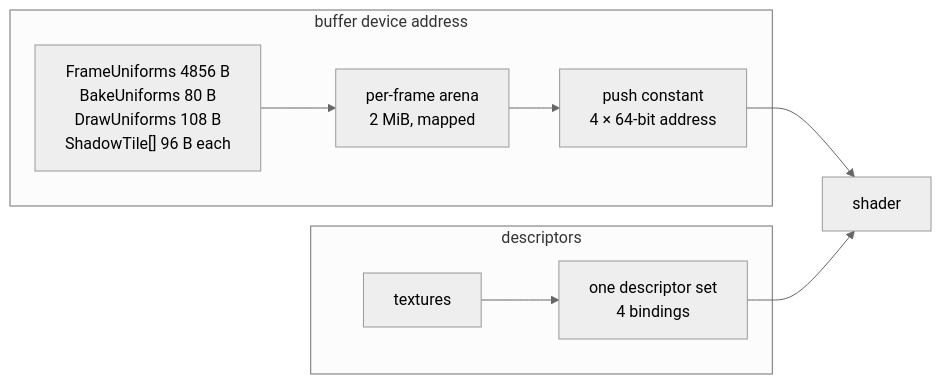
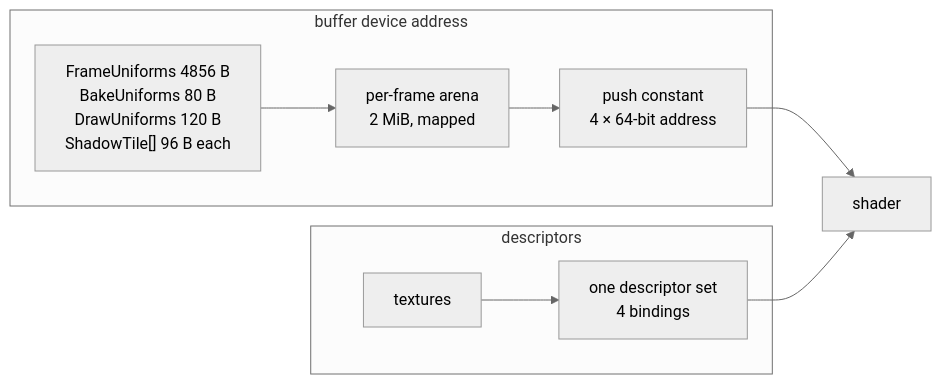
Before and after one commit to Zephyr75/overdrive: the diagram in notes/RENDERER.md, drawn with Mermaid (neutral theme). The commit also changed other lines of this file and 52 other files, not shown here.

````diff
--- a/notes/RENDERER.md
+++ b/notes/RENDERER.md
@@ -53,12 +53,12 @@
 ```mermaid
 graph LR
     subgraph BDA["buffer device address"]
-        U["FrameUniforms 4856 B<br/>BakeUniforms 80 B<br/>DrawUniforms 108 B<br/>ShadowTile[] 96 B each"] --> RG["per-frame arena<br/>2 MiB, mapped"]
+        U["FrameUniforms 4856 B<br/>BakeUniforms 80 B<br/>DrawUniforms 120 B<br/>ShadowTile[] 96 B each"] --> RG["per-frame arena<br/>2 MiB, mapped"]
         RG --> PC["push constant<br/>4 × 64-bit address"]
     end
     subgraph DESC["descriptors"]
         T["textures"] --> DS["one descriptor set<br/>4 bindings"]
     end
     PC --> SH["shader"]
     DS --> SH
 ```
````
